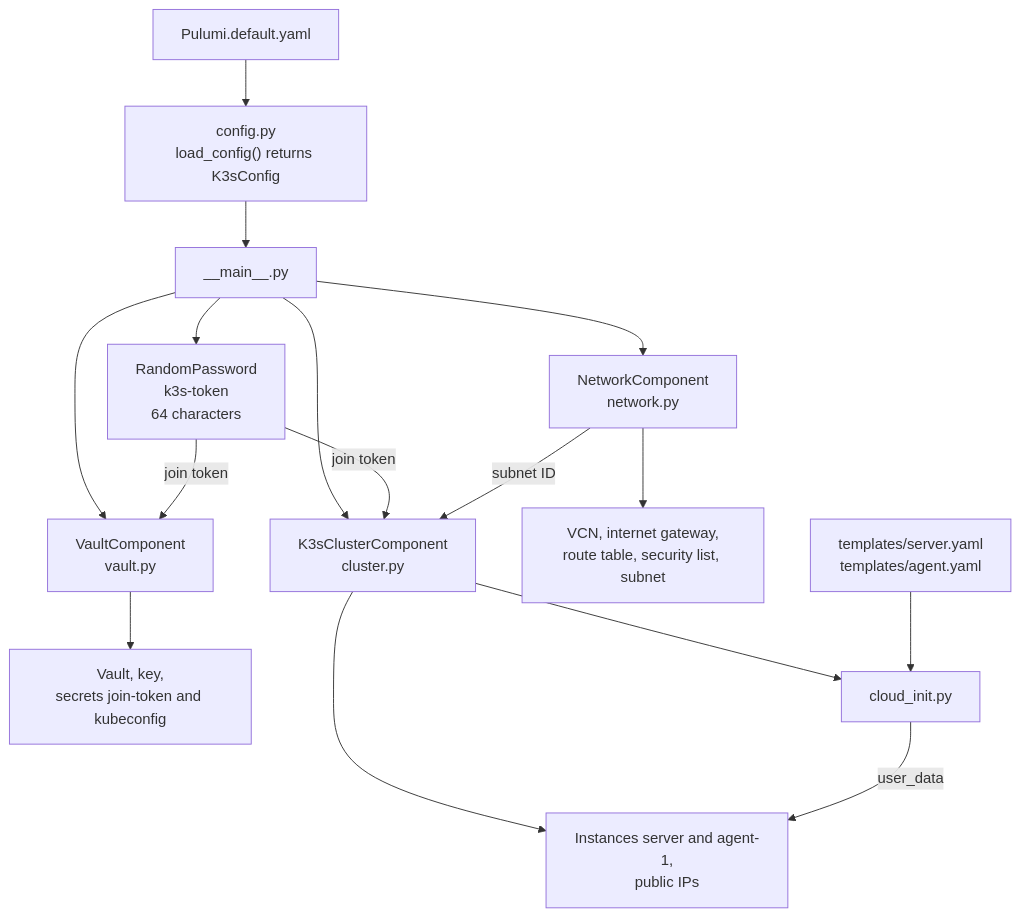
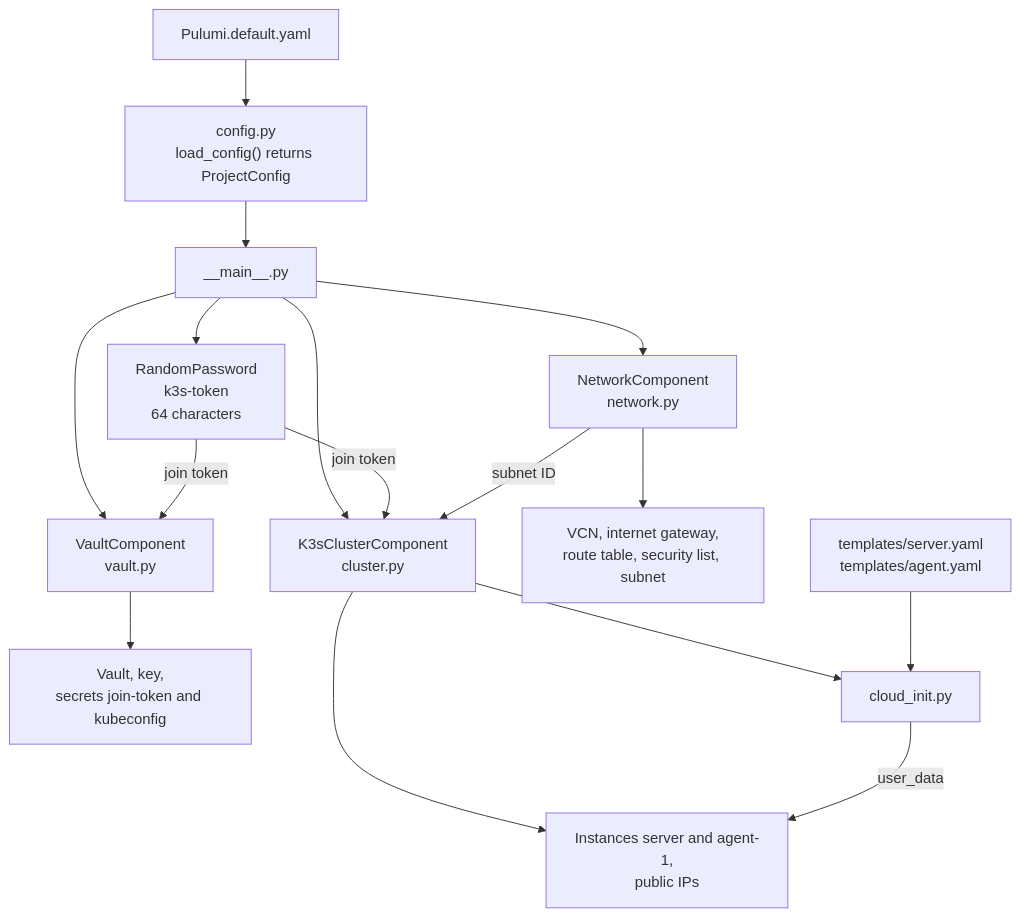
Before and after one commit to DeV1L/oracle-cloud-k3s: the second of 3 diagrams in docs/ARCHITECTURE.md, drawn with Mermaid. The commit also changed other lines of this file and 4 other files, not shown here.

````diff
--- a/docs/ARCHITECTURE.md
+++ b/docs/ARCHITECTURE.md
@@ -57,22 +57,22 @@
 ```mermaid
 flowchart TB
-    yaml["Pulumi.default.yaml"] --> config["config.py<br/>load_config() returns K3sConfig"]
+    yaml["Pulumi.default.yaml"] --> config["config.py<br/>load_config() returns ProjectConfig"]
     config --> main["__main__.py"]
 
     main --> token["RandomPassword<br/>k3s-token<br/>64 characters"]
     main --> network["NetworkComponent<br/>network.py"]
     main --> vaultc["VaultComponent<br/>vault.py"]
     main --> cluster["K3sClusterComponent<br/>cluster.py"]
 
     network --> netres["VCN, internet gateway,<br/>route table, security list, subnet"]
     vaultc --> vaultres["Vault, key,<br/>secrets join-token and kubeconfig"]
     cluster --> clusterres["Instances server and agent-1,<br/>public IPs"]
 
     token -- "join token" --> vaultc
     token -- "join token" --> cluster
     network -- "subnet ID" --> cluster
 
     cluster --> cloudinit["cloud_init.py"]
     templates["templates/server.yaml<br/>templates/agent.yaml"] --> cloudinit
     cloudinit -- "user_data" --> clusterres
 ```
````
